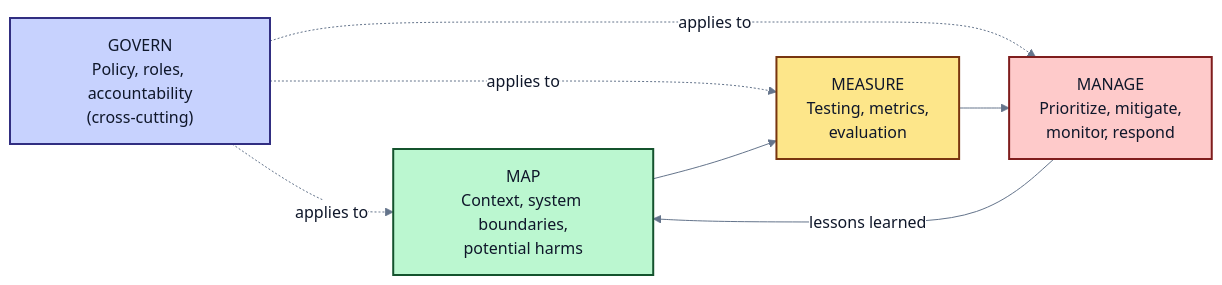
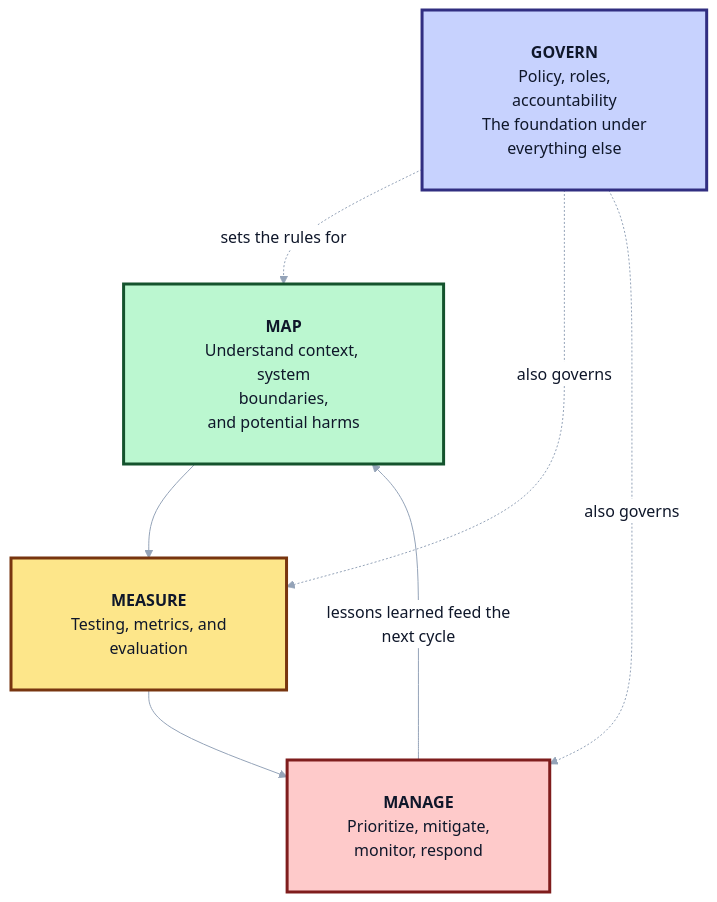
The third of 3 diagrams in 30_ai_shield/01_threat_modeling/README.md (Sheharyar-Sarmad/ai-zero-to-hero), drawn with Mermaid before and after one commit. The commit also changed other lines of this file and 1 other file, not shown here.

````diff
--- a/30_ai_shield/01_threat_modeling/README.md
+++ b/30_ai_shield/01_threat_modeling/README.md
@@ -261,19 +336,33 @@
 ```mermaid
-%%{init: {'theme':'base','themeVariables':{'fontFamily':'ui-sans-serif, system-ui, sans-serif','primaryColor':'#e2e8f0','primaryTextColor':'#0f172a','primaryBorderColor':'#334155','lineColor':'#64748b','textColor':'#0f172a','edgeLabelBackground':'#ffffff'}}}%%
-flowchart LR
-    classDef gov fill:#c7d2fe,stroke:#312e81,stroke-width:2px,color:#0f172a
-    classDef map fill:#bbf7d0,stroke:#14532d,stroke-width:2px,color:#0f172a
-    classDef mea fill:#fde68a,stroke:#78350f,stroke-width:2px,color:#0f172a
-    classDef man fill:#fecaca,stroke:#7f1d1d,stroke-width:2px,color:#0f172a
+%%{init: {
+  'theme': 'base',
+  'themeVariables': {
+    'fontFamily': 'Arial, Helvetica, sans-serif',
+    'fontSize': '16px',
+    'primaryColor': '#e2e8f0',
+    'primaryTextColor': '#0f172a',
+    'primaryBorderColor': '#334155',
+    'lineColor': '#94a3b8',
+    'textColor': '#0f172a',
+    'edgeLabelBackground': '#ffffff'
+  },
+  'flowchart': { 'nodeSpacing': 60, 'rankSpacing': 70, 'padding': 30, 'htmlLabels': true }
+}}%%
+flowchart TB
+    classDef gov fill:#c7d2fe,stroke:#312e81,stroke-width:3px,color:#0f172a
+    classDef map fill:#bbf7d0,stroke:#14532d,stroke-width:3px,color:#0f172a
+    classDef mea fill:#fde68a,stroke:#78350f,stroke-width:3px,color:#0f172a
+    classDef man fill:#fecaca,stroke:#7f1d1d,stroke-width:3px,color:#0f172a
 
-    GOV["GOVERN<br/>Policy, roles, accountability<br/>(cross-cutting)"]:::gov
-    MAP["MAP<br/>Context, system boundaries,<br/>potential harms"]:::map
-    MEA["MEASURE<br/>Testing, metrics,<br/>evaluation"]:::mea
-    MAN["MANAGE<br/>Prioritize, mitigate,<br/>monitor, respond"]:::man
+    GOV["<b>GOVERN</b><br/>Policy, roles,<br/>accountability<br/>The foundation under<br/>everything else"]:::gov
+    MAP["<b>MAP</b><br/>Understand context, system<br/>boundaries,<br/>and potential harms"]:::map
+    MEA["<b>MEASURE</b><br/>Testing, metrics, and<br/>evaluation"]:::mea
+    MAN["<b>MANAGE</b><br/>Prioritize, mitigate,<br/>monitor, respond"]:::man
 
-    GOV -. "applies to" .-> MAP
-    GOV -. "applies to" .-> MEA
-    GOV -. "applies to" .-> MAN
-    MAP --> MEA --> MAN
-    MAN -- "lessons learned" --> MAP
+    GOV -. "sets the rules for" .-> MAP
+    MAP --> MEA
+    MEA --> MAN
+    MAN -- "lessons learned feed the<br/>next cycle" --> MAP
+    GOV -. "also governs" .-> MEA
+    GOV -. "also governs" .-> MAN
 ```
````
